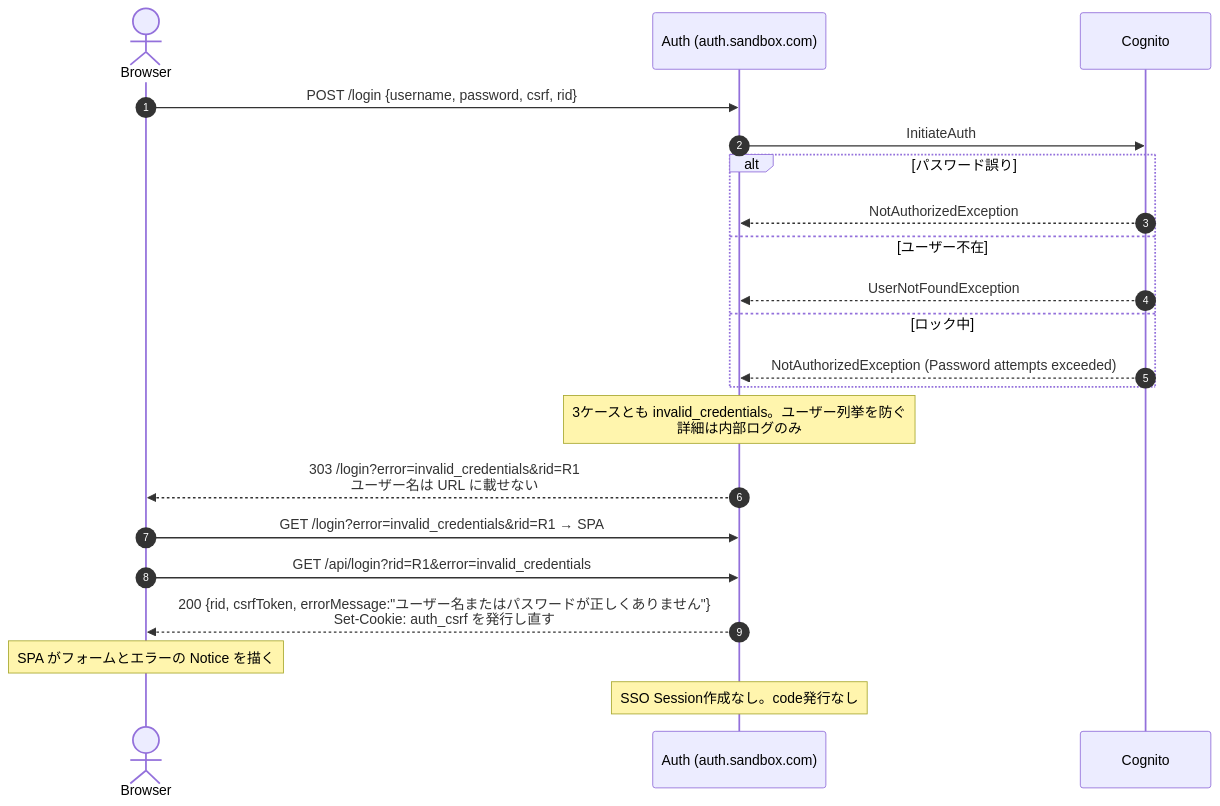
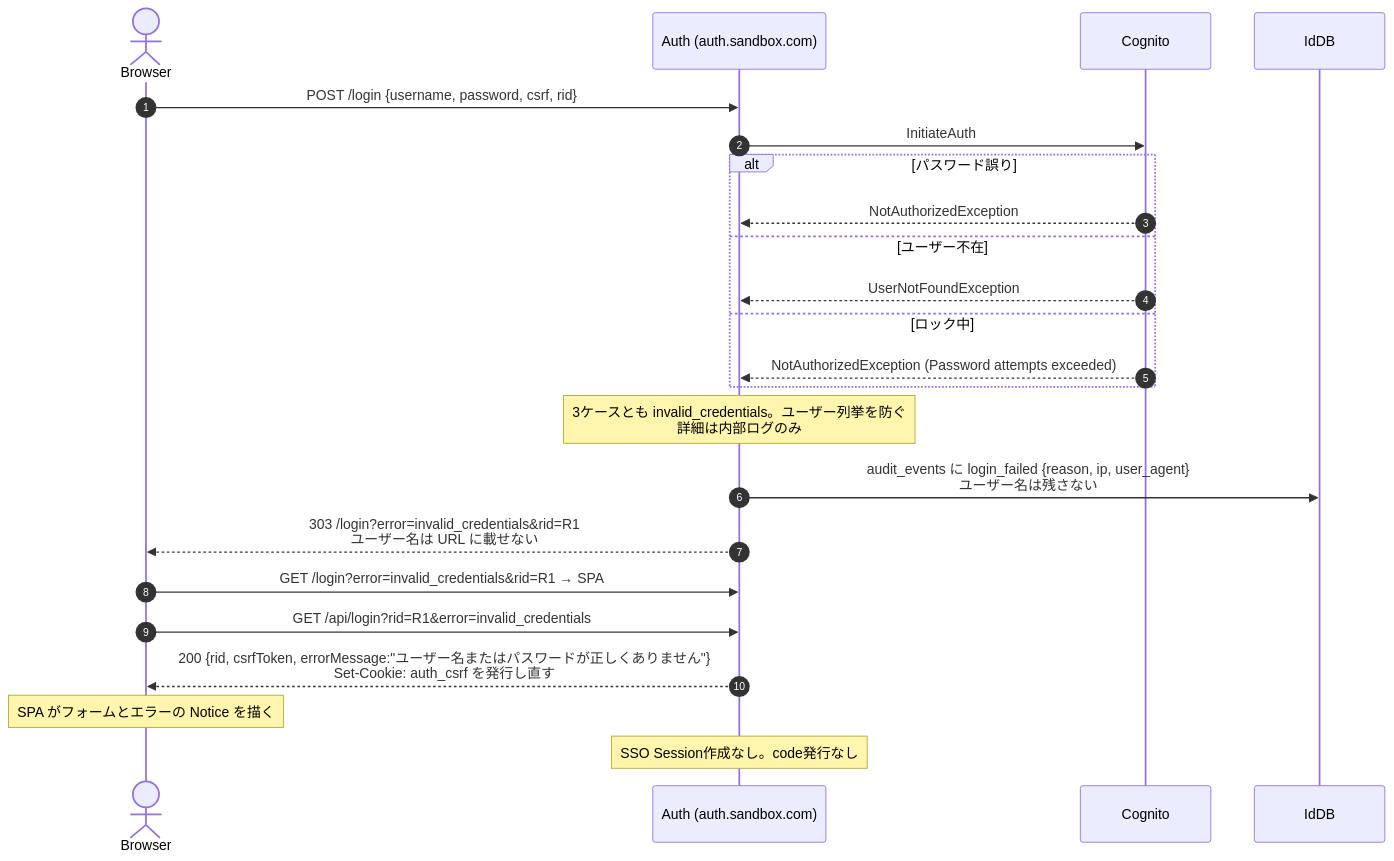
Before and after one commit to daisuke-tanabe/multi-domain-sandbox: diagram 12 of 19 in docs/design/02-auth-sequences.md, drawn with Mermaid. The commit also changed other lines of this file and 51 other files, not shown here.

````diff
--- a/docs/design/02-auth-sequences.md
+++ b/docs/design/02-auth-sequences.md
@@ -474,24 +496,25 @@
 ```mermaid
 sequenceDiagram
     autonumber
     actor Browser
     participant Auth as Auth (auth.sandbox.com)
     participant Cognito
 
     Browser->>Auth: POST /login {username, password, csrf, rid}
     Auth->>Cognito: InitiateAuth
     alt パスワード誤り
         Cognito-->>Auth: NotAuthorizedException
     else ユーザー不在
         Cognito-->>Auth: UserNotFoundException
     else ロック中
         Cognito-->>Auth: NotAuthorizedException (Password attempts exceeded)
     end
     Note over Auth: 3ケースとも invalid_credentials。ユーザー列挙を防ぐ<br/>詳細は内部ログのみ
+    Auth->>IdDB: audit_events に login_failed {reason, ip, user_agent}<br/>ユーザー名は残さない
     Auth-->>Browser: 303 /login?error=invalid_credentials&rid=R1<br/>ユーザー名は URL に載せない
     Browser->>Auth: GET /login?error=invalid_credentials&rid=R1 → SPA
     Browser->>Auth: GET /api/login?rid=R1&error=invalid_credentials
     Auth-->>Browser: 200 {rid, csrfToken, errorMessage:"ユーザー名またはパスワードが正しくありません"}<br/>Set-Cookie: auth_csrf を発行し直す
     Note over Browser: SPA がフォームとエラーの Notice を描く
     Note over Auth: SSO Session作成なし。code発行なし
 ```
````
